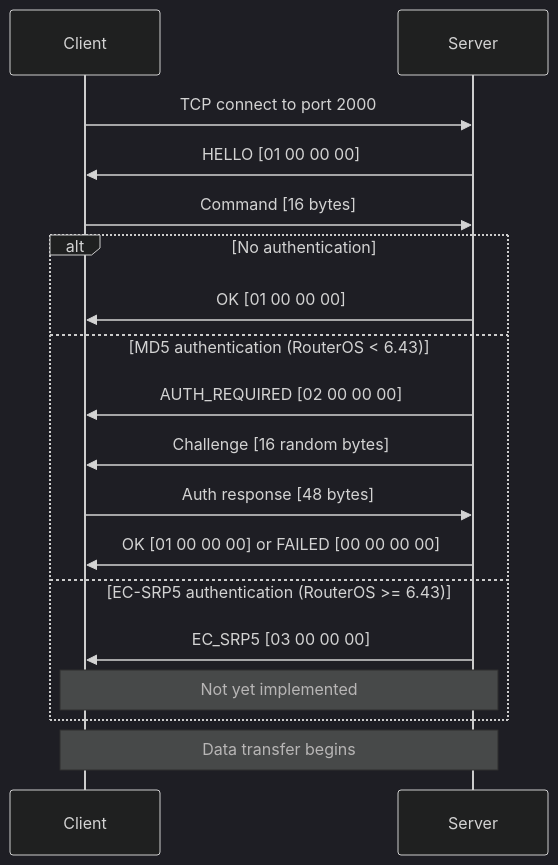
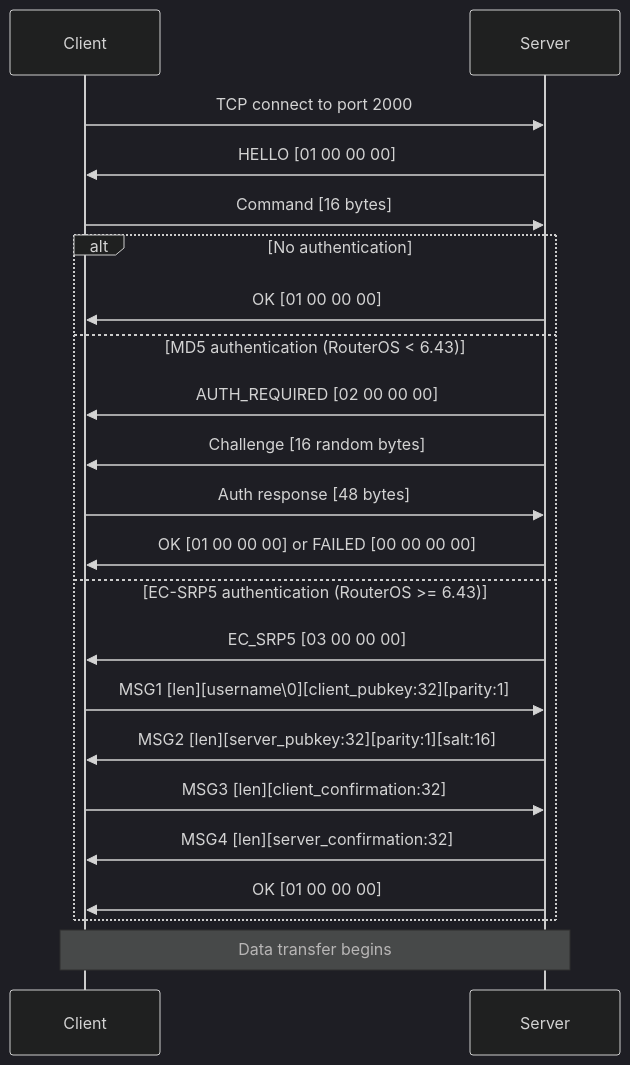
The first of 7 diagrams in docs/protocol.md (manawenuz/btest-rs), drawn with Mermaid (dark theme) before and after one commit. The commit also changed other lines of this file and 8 other files, not shown here.

````diff
--- a/docs/protocol.md
+++ b/docs/protocol.md
@@ -9,23 +9,27 @@
 ```mermaid
 sequenceDiagram
     participant C as Client
     participant S as Server
 
     C->>S: TCP connect to port 2000
     S->>C: HELLO [01 00 00 00]
     C->>S: Command [16 bytes]
 
     alt No authentication
         S->>C: OK [01 00 00 00]
     else MD5 authentication (RouterOS < 6.43)
         S->>C: AUTH_REQUIRED [02 00 00 00]
         S->>C: Challenge [16 random bytes]
         C->>S: Auth response [48 bytes]
         S->>C: OK [01 00 00 00] or FAILED [00 00 00 00]
     else EC-SRP5 authentication (RouterOS >= 6.43)
         S->>C: EC_SRP5 [03 00 00 00]
-        Note over C,S: Not yet implemented
+        C->>S: MSG1 [len][username\0][client_pubkey:32][parity:1]
+        S->>C: MSG2 [len][server_pubkey:32][parity:1][salt:16]
+        C->>S: MSG3 [len][client_confirmation:32]
+        S->>C: MSG4 [len][server_confirmation:32]
+        S->>C: OK [01 00 00 00]
     end
 
     Note over C,S: Data transfer begins
 ```
````
